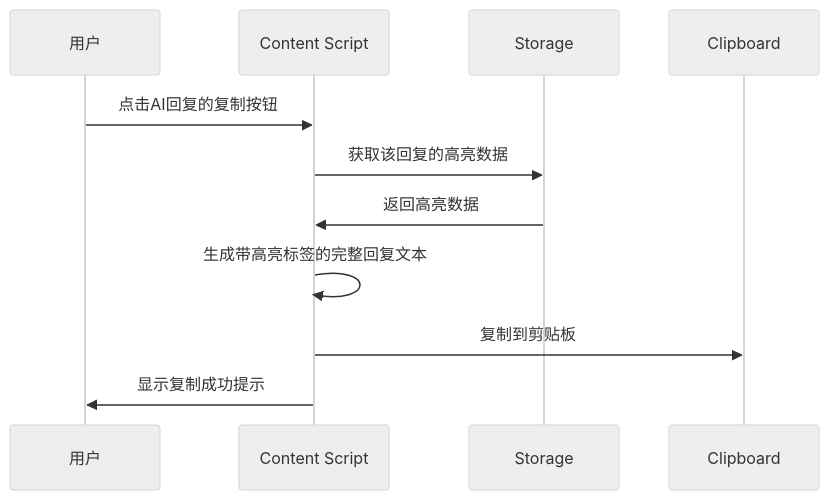
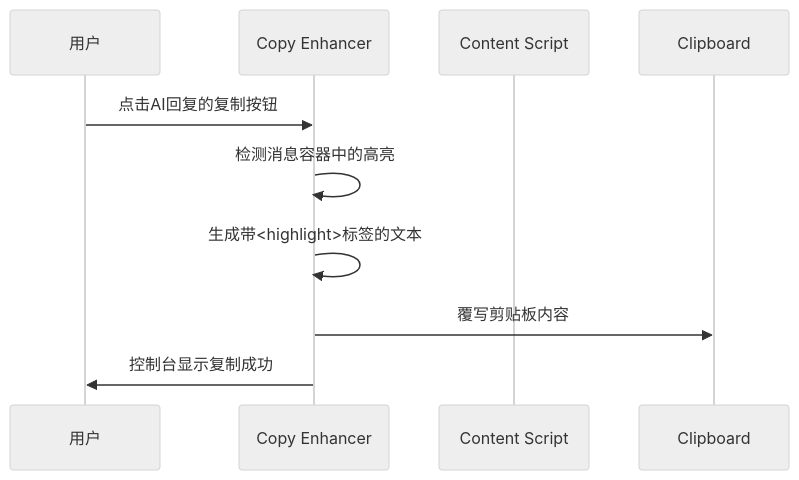
One commit to MarssZ/Highlight-by-Marss changed the third of 4 diagrams in specs/ai-highlight-assistant/design.md. Above: the diagram before and after it, drawn with Mermaid (neutral theme). The commit also changed other lines of this file and 3 other files, not shown here.

First line of the commit message:
fix(copy-enhancer): 增加复制延迟并添加调试日志

````diff
--- a/specs/ai-highlight-assistant/design.md
+++ b/specs/ai-highlight-assistant/design.md
@@ -167,14 +113,13 @@
 ```mermaid
 sequenceDiagram
     participant U as 用户
+    participant E as Copy Enhancer
     participant C as Content Script
-    participant S as Storage
     participant CB as Clipboard
     
-    U->>C: 点击AI回复的复制按钮
-    C->>S: 获取该回复的高亮数据
-    S->>C: 返回高亮数据
-    C->>C: 生成带高亮标签的完整回复文本
-    C->>CB: 复制到剪贴板
-    C->>U: 显示复制成功提示
+    U->>E: 点击AI回复的复制按钮
+    E->>E: 检测消息容器中的高亮
+    E->>E: 生成带<highlight>标签的文本
+    E->>CB: 覆写剪贴板内容
+    E->>U: 控制台显示复制成功
 ```
````
